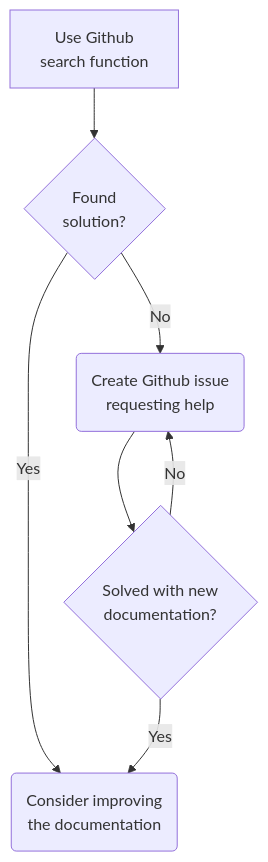
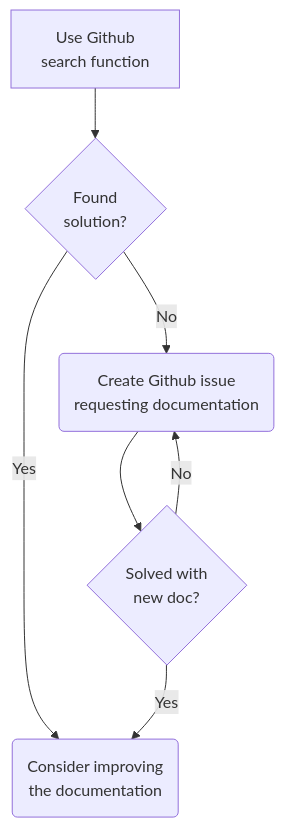
One commit to cbmed/test_wiki_public changed the first of 2 diagrams in README.md. Above: the diagram before and after it, drawn with Mermaid. The commit also changed other lines of this file, not shown here.

````diff
--- a/README.md
+++ b/README.md
@@ -37,9 +14,9 @@
 ```mermaid
 flowchart TD
     A[Use Github\nsearch function] -->B{Found\nsolution?}
     B -->|Yes|C(Consider improving\nthe documentation)
-    B -->|No|D(Create Github issue\nrequesting help)
-    D -->E{Solved with new\ndocumentation?}
+    B -->|No|D(Create Github issue\nrequesting documentation)
+    D -->E{Solved with \n new doc?}
     E -->|Yes|C
     E -->|No|D
 ```
````
